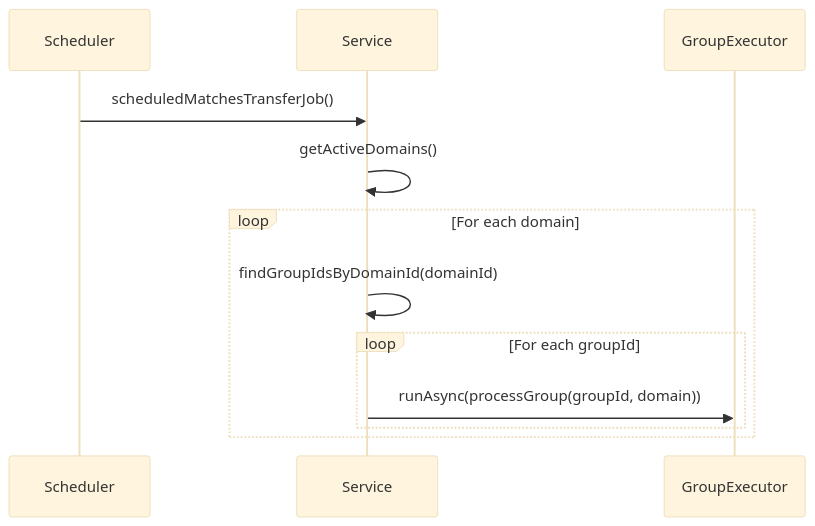
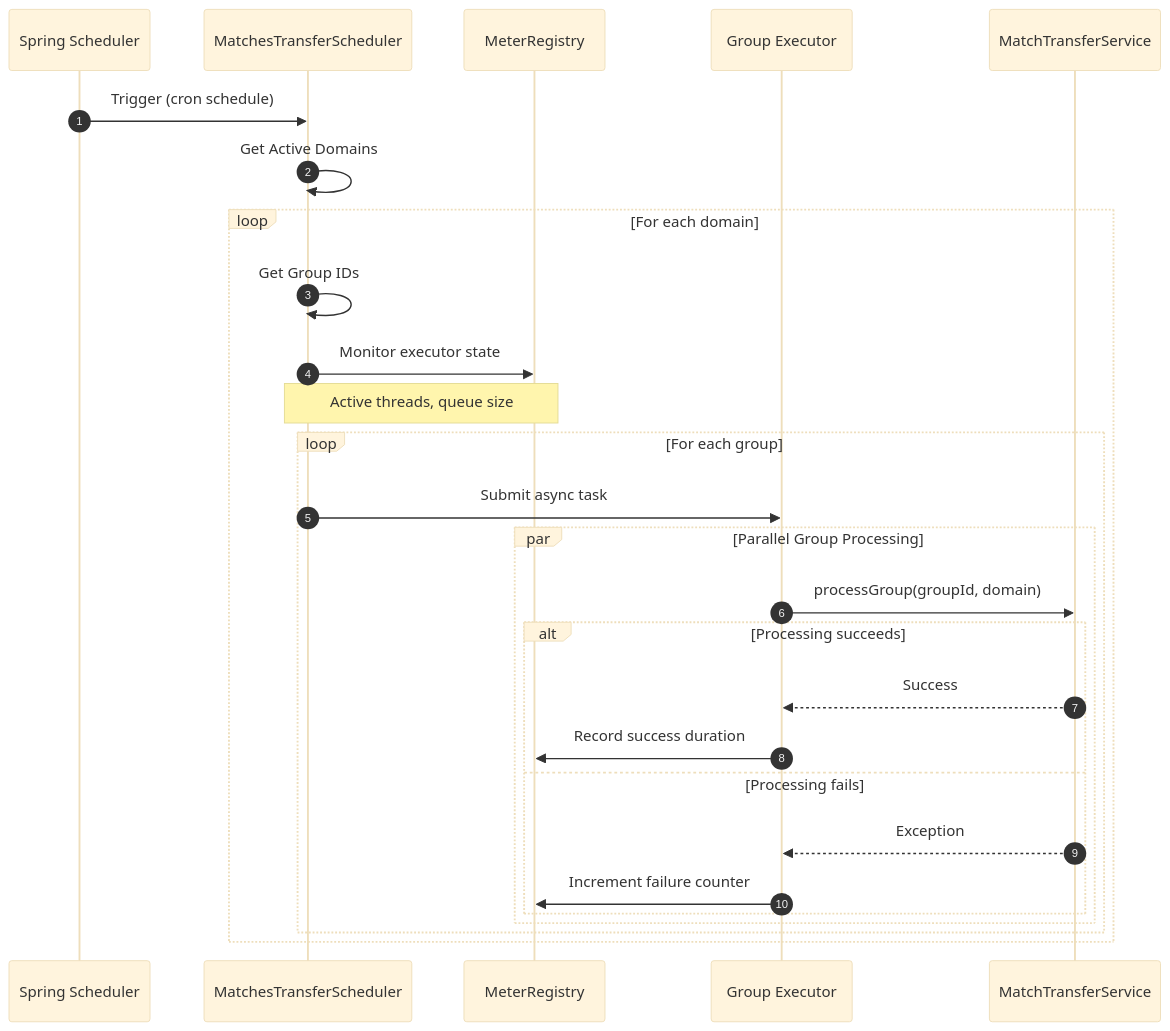
One commit to kagit00/schedule_x changed the sixth of 11 diagrams in docs/Low Level Designs/MatchesTransfer.md. Above: the diagram before and after it, drawn with Mermaid (base theme). The commit also changed other lines of this file, not shown here.

````diff
--- a/docs/Low Level Designs/MatchesTransfer.md
+++ b/docs/Low Level Designs/MatchesTransfer.md
@@ -82,15 +254,35 @@
 ```mermaid
 sequenceDiagram
-    participant Scheduler
-    participant Service
-    participant GroupExecutor
-
-    Scheduler->>Service: scheduledMatchesTransferJob()
-    Service->>Service: getActiveDomains()
+    autonumber
+    participant Cron as Spring Scheduler
+    participant Sched as MatchesTransferScheduler
+    participant Metrics as MeterRegistry
+    participant Executor as Group Executor
+    participant Service as MatchTransferService
+    
+    Cron->>Sched: Trigger (cron schedule)
+    Sched->>Sched: Get Active Domains
+    
     loop For each domain
-        Service->>Service: findGroupIdsByDomainId(domainId)
-        loop For each groupId
-            Service->>GroupExecutor: runAsync(processGroup(groupId, domain))
+        Sched->>Sched: Get Group IDs
+        
+        Sched->>Metrics: Monitor executor state
+        Note over Sched,Metrics: Active threads, queue size
+        
+        loop For each group
+            Sched->>Executor: Submit async task
+            
+            par Parallel Group Processing
+                Executor->>Service: processGroup(groupId, domain)
+                
+                alt Processing succeeds
+                    Service-->>Executor: Success
+                    Executor->>Metrics: Record success duration
+                else Processing fails
+                    Service-->>Executor: Exception
+                    Executor->>Metrics: Increment failure counter
+                end
+            end
         end
     end
 ```
````
